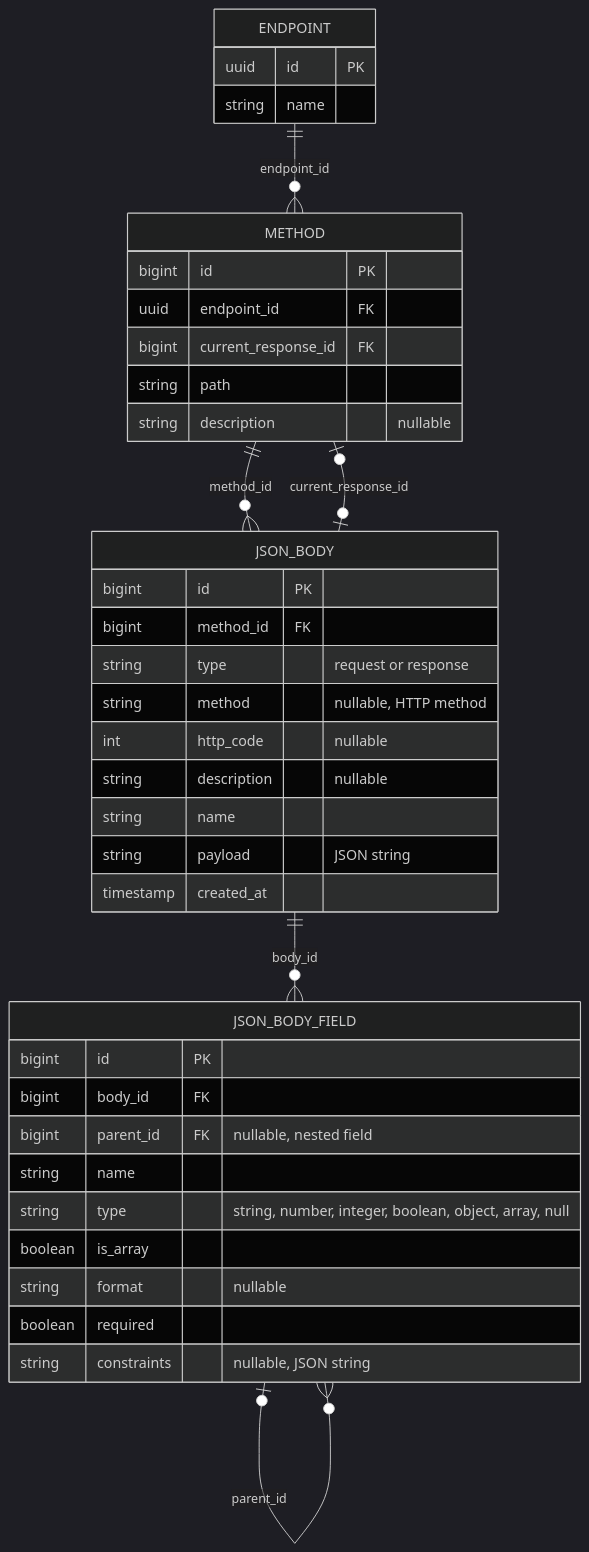
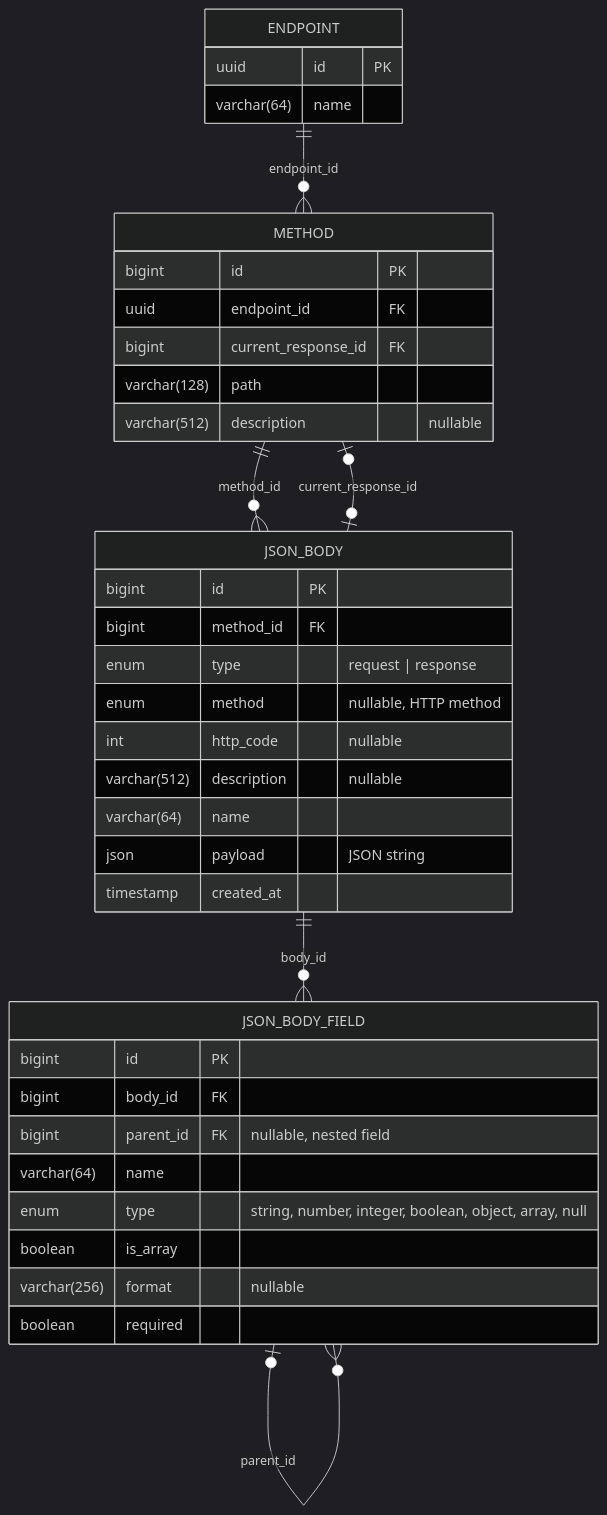
Before and after one commit to p6tso/p6tso.github.io: the diagram in smokerest/db_schema.md, drawn with Mermaid (dark theme). The commit also changed 2 other files, not shown here.

Commit message:
делааа

````diff
--- a/smokerest/db_schema.md
+++ b/smokerest/db_schema.md
@@ -5,47 +5,46 @@
 ```mermaid
 
 erDiagram
     JSON_BODY {
         bigint id PK
         bigint method_id FK
-        string type "request or response"
-        string method "nullable, HTTP method"
+        enum type "request | response"
+        enum method "nullable, HTTP method"
         int http_code "nullable"
-        string description "nullable"
-        string name
-        string payload "JSON string"
+        varchar(512) description "nullable"
+        varchar(64) name
+        json payload "JSON string"
         timestamp created_at
     }
 
     JSON_BODY_FIELD {
         bigint id PK
         bigint body_id FK
         bigint parent_id FK "nullable, nested field"
-        string name
-        string type "string, number, integer, boolean, object, array, null"
+        varchar(64) name
+        enum type "string, number, integer, boolean, object, array, null"
         boolean is_array
-        string format "nullable"
+        varchar(256) format "nullable"
         boolean required
-        string constraints "nullable, JSON string"
     }
 
     METHOD {
         bigint id PK
         uuid endpoint_id FK
         bigint current_response_id FK
-        string path
-        string description "nullable"
+        varchar(128) path
+        varchar(512) description "nullable"
     }
 
     ENDPOINT {
         uuid id PK
-        string name
+        varchar(64) name
     }
 
     METHOD ||--o{ JSON_BODY : "method_id"
     JSON_BODY ||--o{ JSON_BODY_FIELD : "body_id"
     JSON_BODY_FIELD o|--o{ JSON_BODY_FIELD : "parent_id"
     ENDPOINT ||--o{ METHOD : "endpoint_id"
     METHOD o|--o| JSON_BODY : "current_response_id"
 
 ```
````
